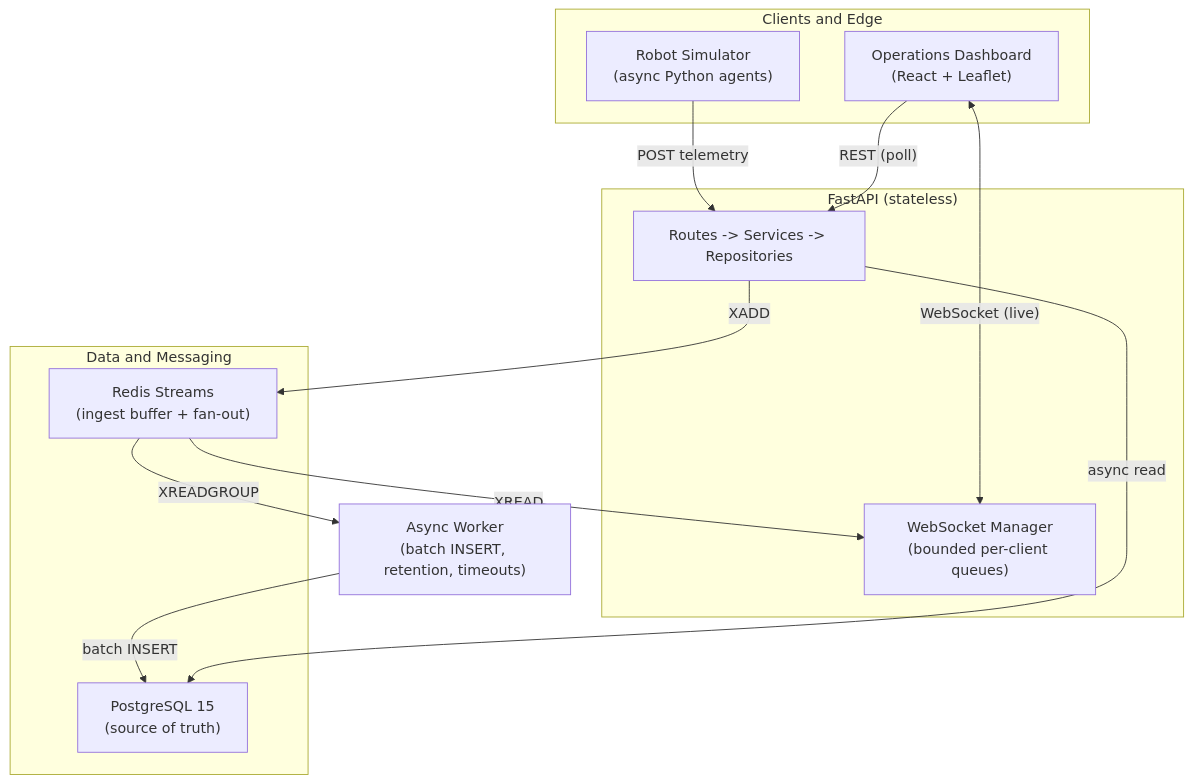
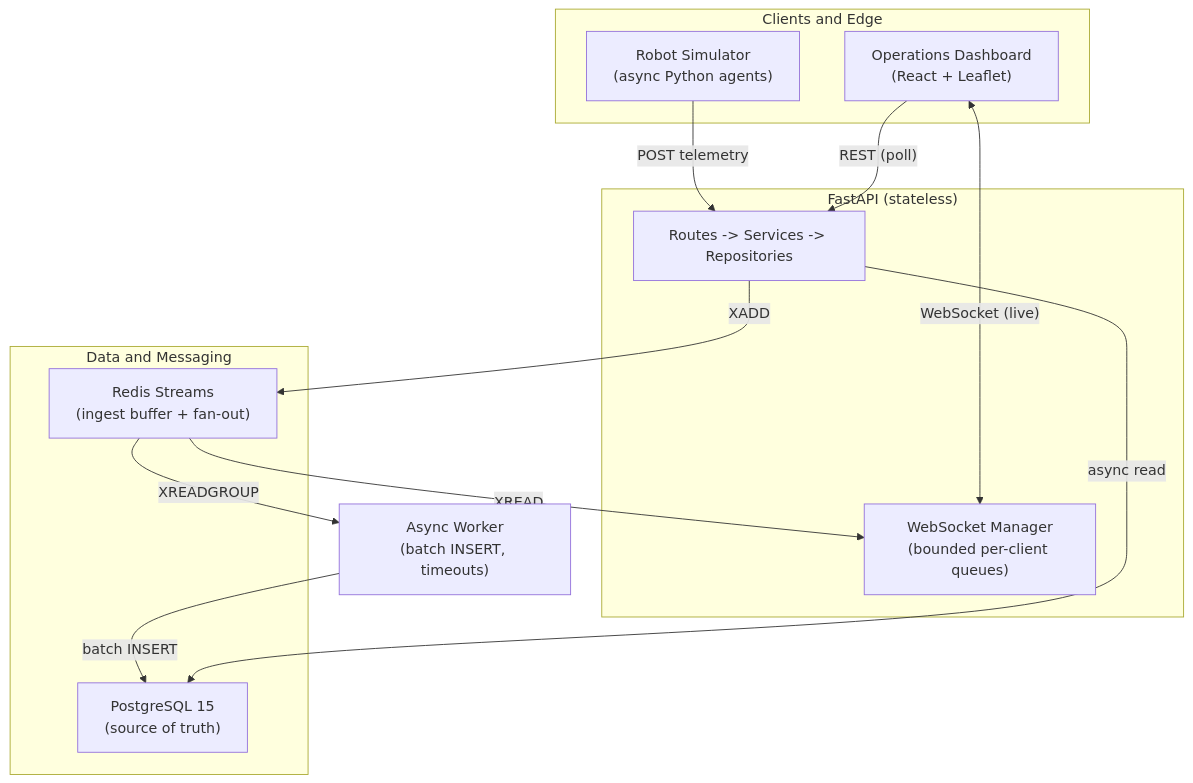
One commit to colin-110/robot-fleet-platform changed the diagram in docs/architecture.md. Above: the diagram before and after it, drawn with Mermaid. The commit also changed 14 other files, not shown here.

````diff
--- a/docs/architecture.md
+++ b/docs/architecture.md
@@ -7,28 +7,28 @@
 ```mermaid
 graph TB
   subgraph Clients["Clients and Edge"]
     SIM["Robot Simulator<br/>(async Python agents)"]
     DASH["Operations Dashboard<br/>(React + Leaflet)"]
   end
 
   subgraph API["FastAPI (stateless)"]
     ROUTES["Routes -> Services -> Repositories"]
     WS["WebSocket Manager<br/>(bounded per-client queues)"]
   end
 
   subgraph Data["Data and Messaging"]
     REDIS["Redis Streams<br/>(ingest buffer + fan-out)"]
     PG["PostgreSQL 15<br/>(source of truth)"]
   end
 
-  WORKER["Async Worker<br/>(batch INSERT, retention, timeouts)"]
+  WORKER["Async Worker<br/>(batch INSERT, timeouts)"]
 
   SIM -->|"POST telemetry"| ROUTES
   DASH -->|"REST (poll)"| ROUTES
   DASH <-->|"WebSocket (live)"| WS
   ROUTES -->|"XADD"| REDIS
   REDIS -->|"XREADGROUP"| WORKER
   REDIS -->|"XREAD"| WS
   WORKER -->|"batch INSERT"| PG
   ROUTES -->|"async read"| PG
 ```
````
